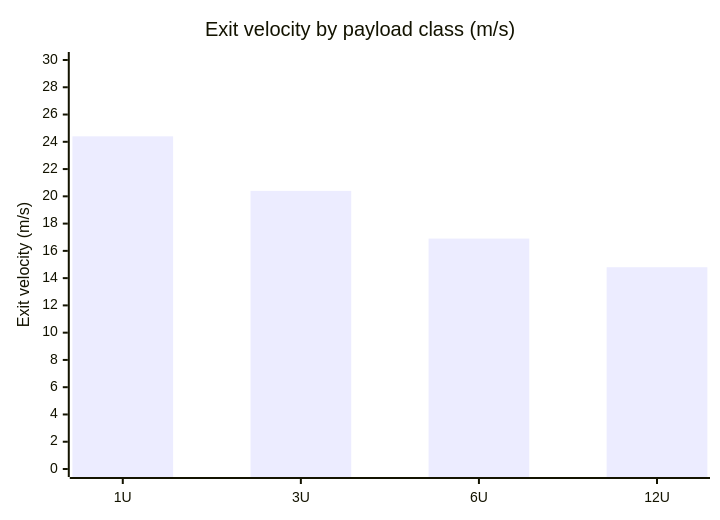
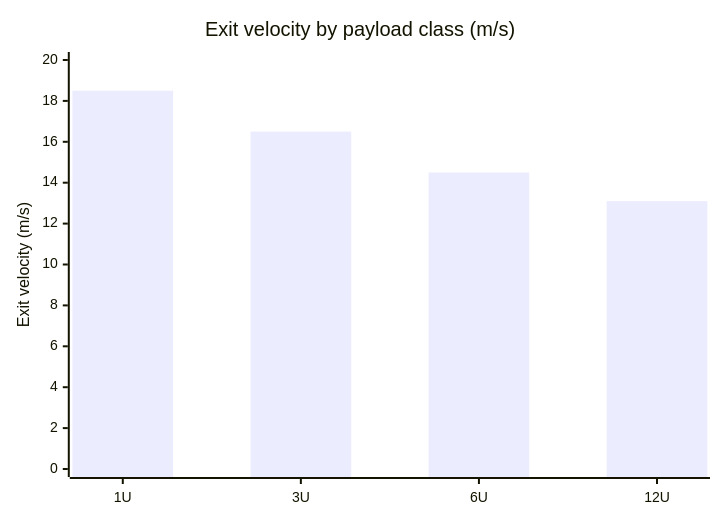
The third of 11 diagrams in RESULTS.md (aaaaaaaaaaaavm/EMOCD), drawn with Mermaid before and after one commit. The commit also changed other lines of this file and 2 other files, not shown here.

````diff
--- a/RESULTS.md
+++ b/RESULTS.md
@@ -70,7 +74,7 @@
 ```mermaid
 xychart-beta
     title "Exit velocity by payload class (m/s)"
     x-axis ["1U", "3U", "6U", "12U"]
-    y-axis "Exit velocity (m/s)" 0 --> 30
-    bar [24.4, 20.4, 16.9, 14.8]
+    y-axis "Exit velocity (m/s)" 0 --> 20
+    bar [18.5, 16.5, 14.5, 13.1]
 ```
````
